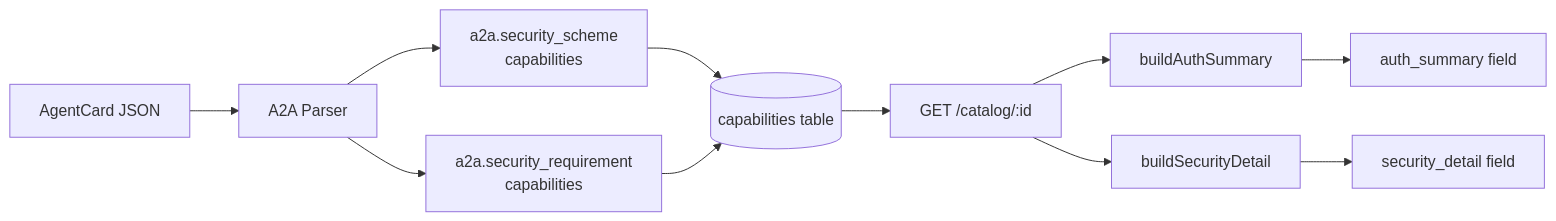
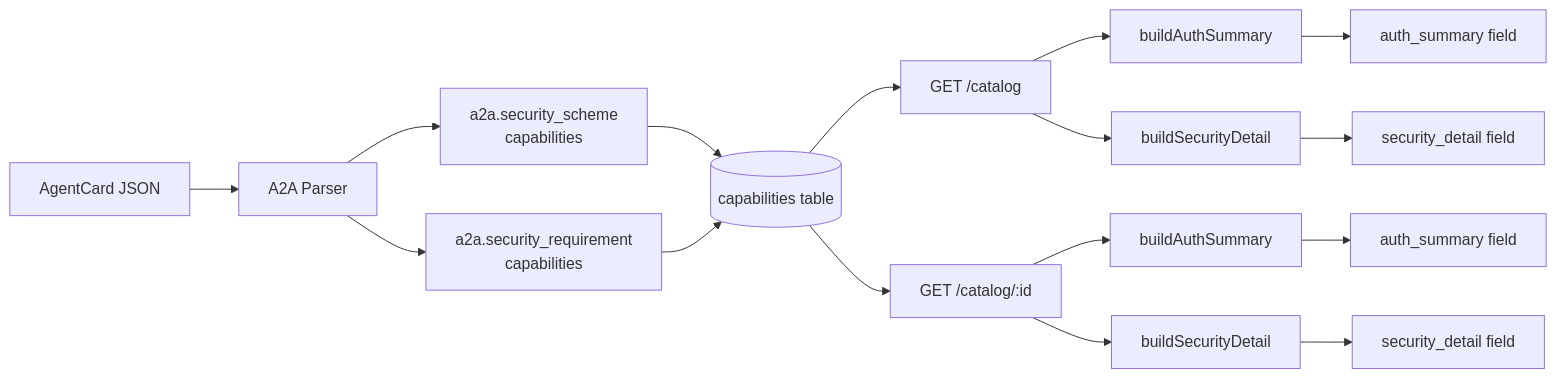
The third of 10 diagrams in docs/architecture.md (PawelHaracz/Agentlens), drawn with Mermaid before and after one commit. The commit also changed other lines of this file and 3 other files, not shown here.

````diff
--- a/docs/architecture.md
+++ b/docs/architecture.md
@@ -138,14 +138,19 @@
 ```mermaid
 flowchart LR
     AC[AgentCard JSON] --> P[A2A Parser]
     P --> SS[a2a.security_scheme\ncapabilities]
     P --> SR[a2a.security_requirement\ncapabilities]
     SS --> DB[(capabilities table)]
     SR --> DB
 
+    DB --> LIST[GET /catalog]
     DB --> GET[GET /catalog/:id]
+    LIST --> BS2[buildAuthSummary]
+    LIST --> BSD2[buildSecurityDetail]
     GET --> BS[buildAuthSummary]
     GET --> BSD[buildSecurityDetail]
+    BS2 --> AS2[auth_summary field]
+    BSD2 --> SD2[security_detail field]
     BS --> AS[auth_summary field]
     BSD --> SD[security_detail field]
 ```
````
